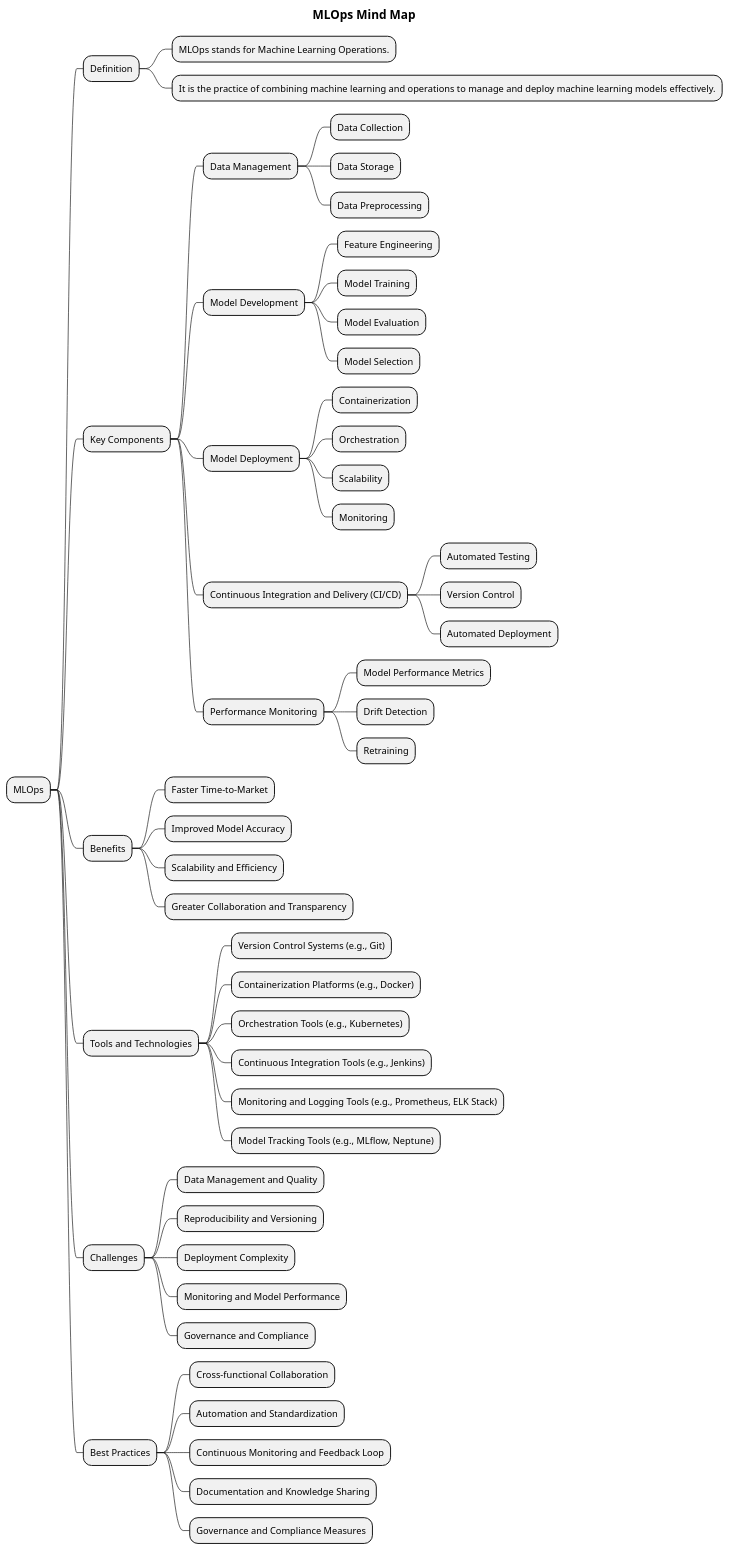
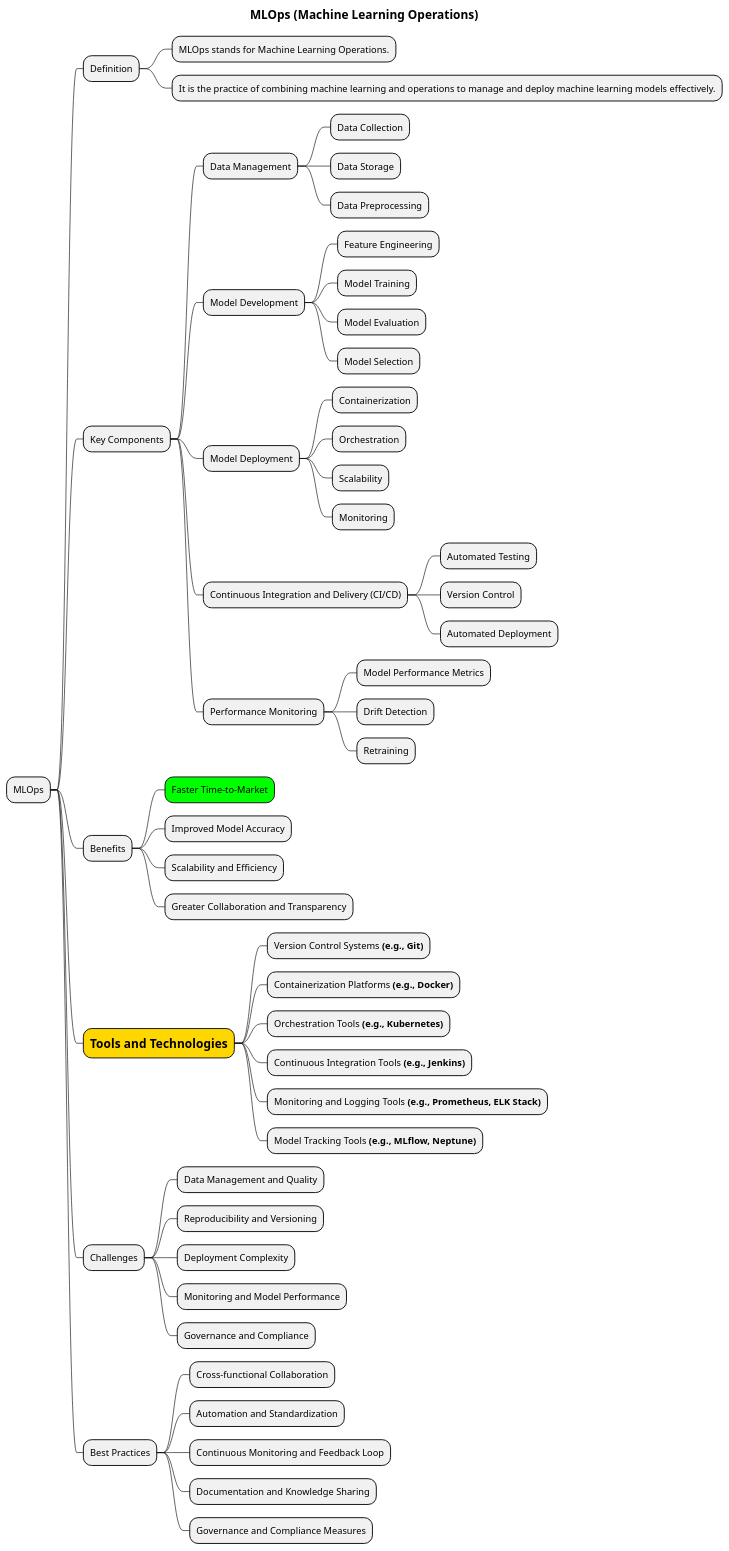
The diagram in docs/AI-ML- DL-Data-Science-and-BigData/machine-learning-ML/MLOps.puml (MehmoodHashmi/Documentation-as-Code-DaC), drawn with PlantUML before and after one commit.

```diff
--- a/docs/AI-ML- DL-Data-Science-and-BigData/machine-learning-ML/MLOps.puml
+++ b/docs/AI-ML- DL-Data-Science-and-BigData/machine-learning-ML/MLOps.puml
@@ -1,55 +1,55 @@
 @startmindmap
-title = MLOps Mind Map
+title = MLOps (Machine Learning Operations)
 
 * MLOps
 ** Definition
 *** MLOps stands for Machine Learning Operations.
 *** It is the practice of combining machine learning and operations to manage and deploy machine learning models effectively.
 ** Key Components
 *** Data Management
 **** Data Collection
 **** Data Storage
 **** Data Preprocessing
 *** Model Development
 **** Feature Engineering
 **** Model Training
 **** Model Evaluation
 **** Model Selection
 *** Model Deployment
 **** Containerization
 **** Orchestration
 **** Scalability
 **** Monitoring
 *** Continuous Integration and Delivery (CI/CD)
 **** Automated Testing
 **** Version Control
 **** Automated Deployment
 *** Performance Monitoring
 **** Model Performance Metrics
 **** Drift Detection
 **** Retraining
 ** Benefits
-*** Faster Time-to-Market
+***[#lime] Faster Time-to-Market
 *** Improved Model Accuracy
 *** Scalability and Efficiency
 *** Greater Collaboration and Transparency
-** Tools and Technologies
-*** Version Control Systems (e.g., Git)
-*** Containerization Platforms (e.g., Docker)
-*** Orchestration Tools (e.g., Kubernetes)
-*** Continuous Integration Tools (e.g., Jenkins)
-*** Monitoring and Logging Tools (e.g., Prometheus, ELK Stack)
-*** Model Tracking Tools (e.g., MLflow, Neptune)
+**[#gold] =Tools and Technologies
+*** Version Control Systems **(e.g., Git)**
+*** Containerization Platforms **(e.g., Docker)**
+*** Orchestration Tools **(e.g., Kubernetes)**
+*** Continuous Integration Tools **(e.g., Jenkins)**
+*** Monitoring and Logging Tools **(e.g., Prometheus, ELK Stack)**
+*** Model Tracking Tools **(e.g., MLflow, Neptune)**
 ** Challenges
 *** Data Management and Quality
 *** Reproducibility and Versioning
 *** Deployment Complexity
 *** Monitoring and Model Performance
 *** Governance and Compliance
 ** Best Practices
 *** Cross-functional Collaboration
 *** Automation and Standardization
 *** Continuous Monitoring and Feedback Loop
 *** Documentation and Knowledge Sharing
 *** Governance and Compliance Measures
 @endmindmap
```
